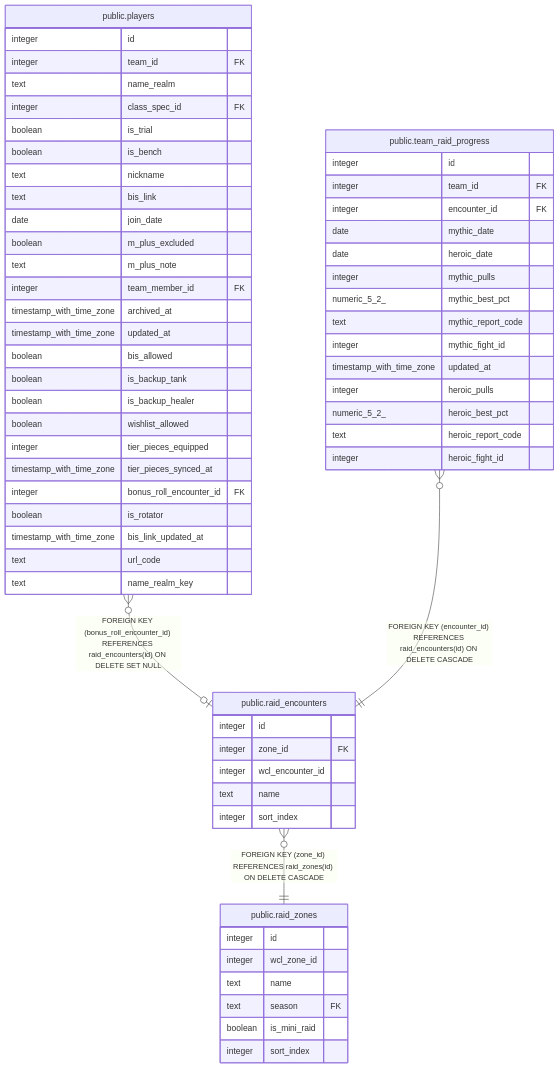
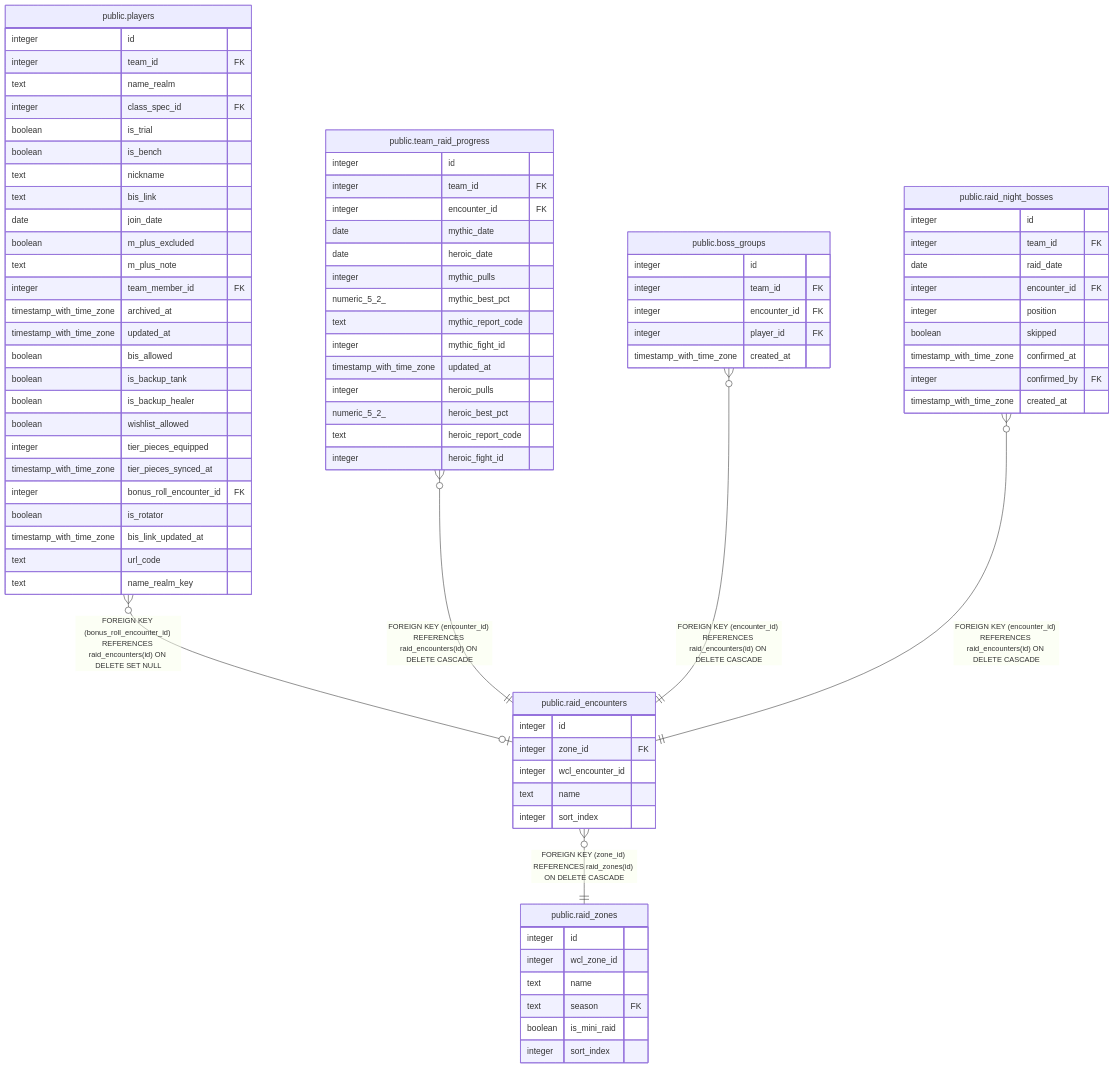
One commit to katogaming88/WGA-Raid-Hub changed the diagram in dbdoc/public.raid_encounters.md. Above: the diagram before and after it, drawn with Mermaid. The commit also changed other lines of this file and 38 other files, not shown here.

First line of the commit message:
Boss lineups store a standing group per boss and each night's plan (v3.138.0)

```diff
--- a/dbdoc/public.raid_encounters.md
+++ b/dbdoc/public.raid_encounters.md
@@ -32,6 +32,8 @@
 
 "public.players" }o--o| "public.raid_encounters" : "FOREIGN KEY (bonus_roll_encounter_id) REFERENCES raid_encounters(id) ON DELETE SET NULL"
 "public.team_raid_progress" }o--|| "public.raid_encounters" : "FOREIGN KEY (encounter_id) REFERENCES raid_encounters(id) ON DELETE CASCADE"
+"public.boss_groups" }o--|| "public.raid_encounters" : "FOREIGN KEY (encounter_id) REFERENCES raid_encounters(id) ON DELETE CASCADE"
+"public.raid_night_bosses" }o--|| "public.raid_encounters" : "FOREIGN KEY (encounter_id) REFERENCES raid_encounters(id) ON DELETE CASCADE"
 "public.raid_encounters" }o--|| "public.raid_zones" : "FOREIGN KEY (zone_id) REFERENCES raid_zones(id) ON DELETE CASCADE"
 
 "public.raid_encounters" {
@@ -84,6 +86,24 @@
   text heroic_report_code
   integer heroic_fight_id
 }
+"public.boss_groups" {
+  integer id
+  integer team_id FK
+  integer encounter_id FK
+  integer player_id FK
+  timestamp_with_time_zone created_at
+}
+"public.raid_night_bosses" {
+  integer id
+  integer team_id FK
+  date raid_date
+  integer encounter_id FK
+  integer position
+  boolean skipped
+  timestamp_with_time_zone confirmed_at
+  integer confirmed_by FK
+  timestamp_with_time_zone created_at
+}
 "public.raid_zones" {
   integer id
   integer wcl_zone_id
```
